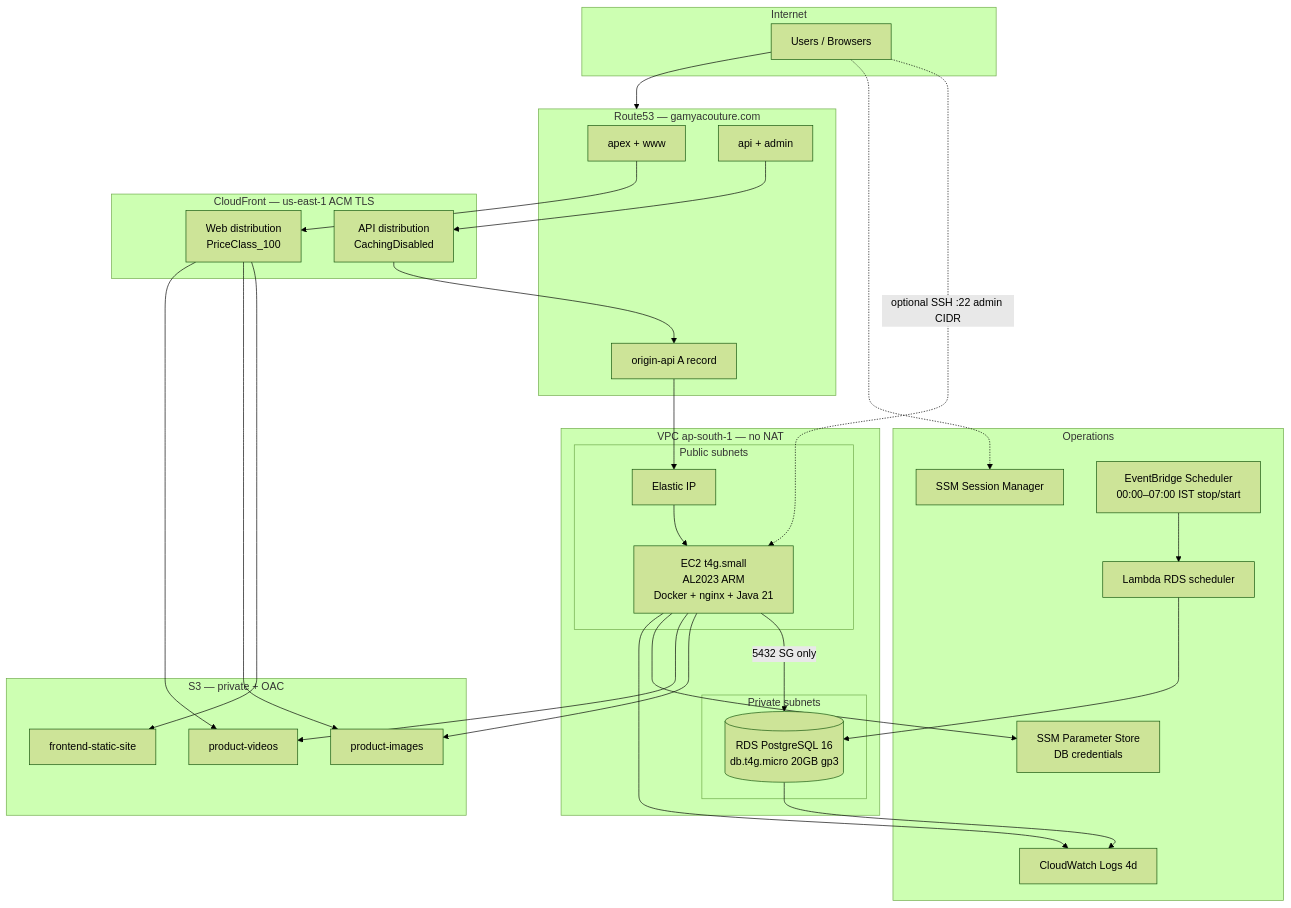
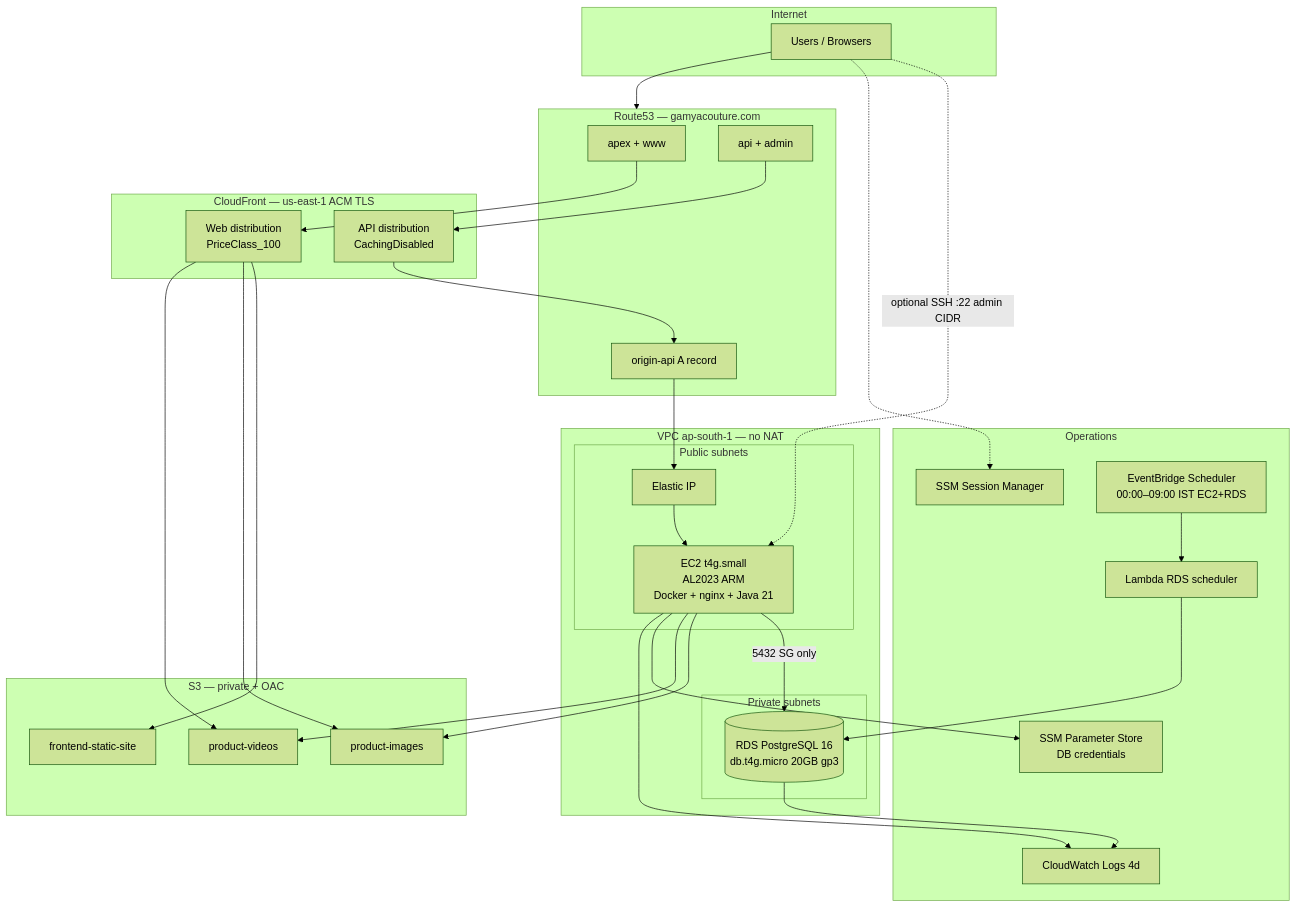
The first of 2 diagrams in docs/INFRASTRUCTURE_REVIEW.md (gvsharma/gamya-couture-infra), drawn with Mermaid (forest theme) before and after one commit. The commit also changed 44 other files, not shown here.

First line of the commit message:
Add dev RDS, EC2+RDS cost scheduler, and centralized cost tags.

````diff
--- a/docs/INFRASTRUCTURE_REVIEW.md
+++ b/docs/INFRASTRUCTURE_REVIEW.md
@@ -21,60 +21,60 @@
 ```mermaid
 flowchart TB
   subgraph Internet
     Users[Users / Browsers]
   end
 
   subgraph DNS["Route53 — gamyacouture.com"]
     Apex[apex + www]
     API[api + admin]
     OriginAPI[origin-api A record]
   end
 
   subgraph Edge["CloudFront — us-east-1 ACM TLS"]
     CFWeb[Web distribution<br/>PriceClass_100]
     CFApi[API distribution<br/>CachingDisabled]
   end
 
   subgraph Storage["S3 — private + OAC"]
     S3Web[frontend-static-site]
     S3Img[product-images]
     S3Vid[product-videos]
   end
 
   subgraph VPC["VPC ap-south-1 — no NAT"]
     subgraph Public["Public subnets"]
       EC2[EC2 t4g.small<br/>AL2023 ARM<br/>Docker + nginx + Java 21]
       EIP[Elastic IP]
     end
     subgraph Private["Private subnets"]
       RDS[(RDS PostgreSQL 16<br/>db.t4g.micro 20GB gp3)]
     end
   end
 
   subgraph Ops["Operations"]
     SSM[SSM Session Manager]
     SSMParam[SSM Parameter Store<br/>DB credentials]
-    Sched[EventBridge Scheduler<br/>00:00–07:00 IST stop/start]
+    Sched[EventBridge Scheduler<br/>00:00–09:00 IST EC2+RDS]
     Lambda[Lambda RDS scheduler]
     CW[CloudWatch Logs 4d]
   end
 
   Users --> DNS
   Apex --> CFWeb
   API --> CFApi
   CFWeb --> S3Web
   CFWeb --> S3Img
   CFWeb --> S3Vid
   CFApi --> OriginAPI
   OriginAPI --> EIP
   EIP --> EC2
   EC2 -->|5432 SG only| RDS
   EC2 --> S3Img
   EC2 --> S3Vid
   EC2 --> SSMParam
   Sched --> Lambda --> RDS
   EC2 --> CW
   RDS --> CW
   Users -.->|optional SSH :22 admin CIDR| EC2
   Users -.-> SSM
 ```
````
